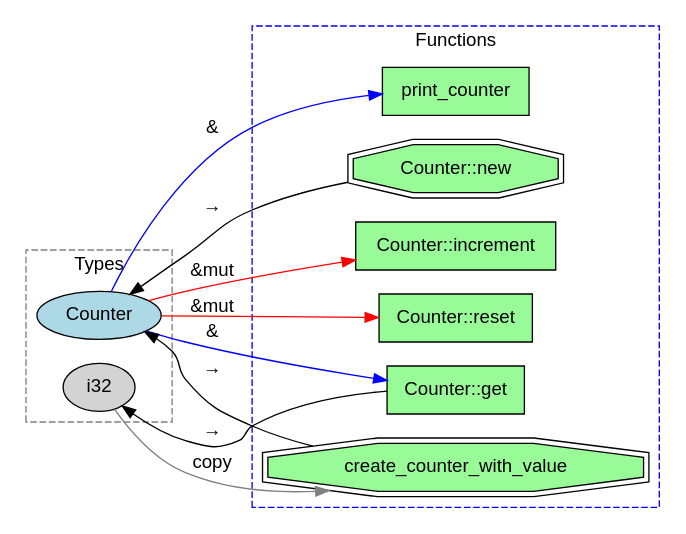
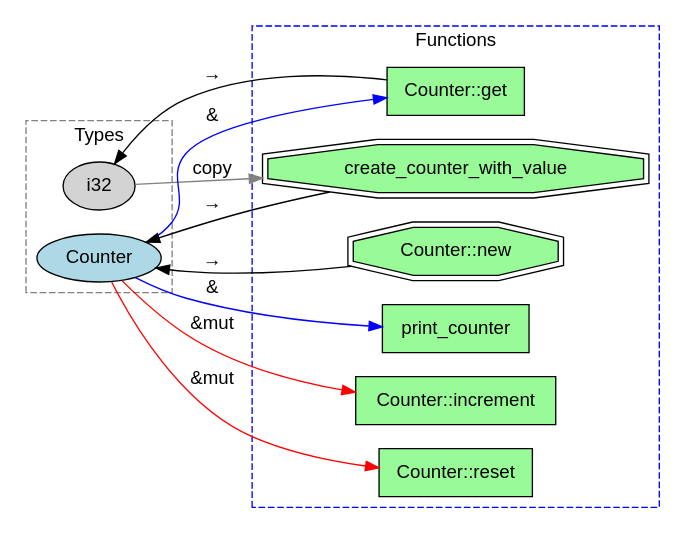
Before and after one commit to kevindadi/RustSynth: the diagram in test_output/simple_counter/apigraph.dot, drawn with Graphviz. The commit also changed 33 other files, not shown here.

First line of the commit message:
Refactor test.sh and enhance reachability graph generation

```diff
--- a/test_output/simple_counter/apigraph.dot
+++ b/test_output/simple_counter/apigraph.dot
@@ -1,38 +1,38 @@
 digraph ApiGraph {
   rankdir=LR;
   fontname="Helvetica";
   node [fontname="Helvetica"];
   edge [fontname="Helvetica"];
 
   // Type nodes (椭圆)
   subgraph cluster_types {
     label="Types";
     style=dashed;
     color=gray;
-    T0 [label="Counter", shape=ellipse, style=filled, fillcolor=lightblue];
-    T1 [label="i32", shape=ellipse, style=filled, fillcolor=lightgray];
+    T0 [label="i32", shape=ellipse, style=filled, fillcolor=lightgray];
+    T1 [label="Counter", shape=ellipse, style=filled, fillcolor=lightblue];
   }
 
   // Function nodes (方框)
   subgraph cluster_functions {
     label="Functions";
     style=dashed;
     color=blue;
-    F0 [label="Counter::new", shape=doubleoctagon, style=filled, fillcolor=palegreen];
-    F1 [label="Counter::increment", shape=box, style=filled, fillcolor=palegreen];
-    F2 [label="Counter::get", shape=box, style=filled, fillcolor=palegreen];
-    F3 [label="Counter::reset", shape=box, style=filled, fillcolor=palegreen];
-    F4 [label="create_counter_with_value", shape=doubleoctagon, style=filled, fillcolor=palegreen];
-    F5 [label="print_counter", shape=box, style=filled, fillcolor=palegreen];
+    F0 [label="create_counter_with_value", shape=doubleoctagon, style=filled, fillcolor=palegreen];
+    F1 [label="print_counter", shape=box, style=filled, fillcolor=palegreen];
+    F2 [label="Counter::new", shape=doubleoctagon, style=filled, fillcolor=palegreen];
+    F3 [label="Counter::increment", shape=box, style=filled, fillcolor=palegreen];
+    F4 [label="Counter::get", shape=box, style=filled, fillcolor=palegreen];
+    F5 [label="Counter::reset", shape=box, style=filled, fillcolor=palegreen];
   }
 
   // Edges
-  F0 -> T0 [label="→", color=black, style=solid];
-  T0 -> F1 [label="&mut", color=red, style=solid];
-  T0 -> F2 [label="&", color=blue, style=solid];
+  T0 -> F0 [label="copy", color=gray, style=solid];
+  F0 -> T1 [label="→", color=black, style=solid];
+  T1 -> F1 [label="&", color=blue, style=solid];
   F2 -> T1 [label="→", color=black, style=solid];
-  T0 -> F3 [label="&mut", color=red, style=solid];
-  T1 -> F4 [label="copy", color=gray, style=solid];
+  T1 -> F3 [label="&mut", color=red, style=solid];
+  T1 -> F4 [label="&", color=blue, style=solid];
   F4 -> T0 [label="→", color=black, style=solid];
-  T0 -> F5 [label="&", color=blue, style=solid];
+  T1 -> F5 [label="&mut", color=red, style=solid];
 }
```
